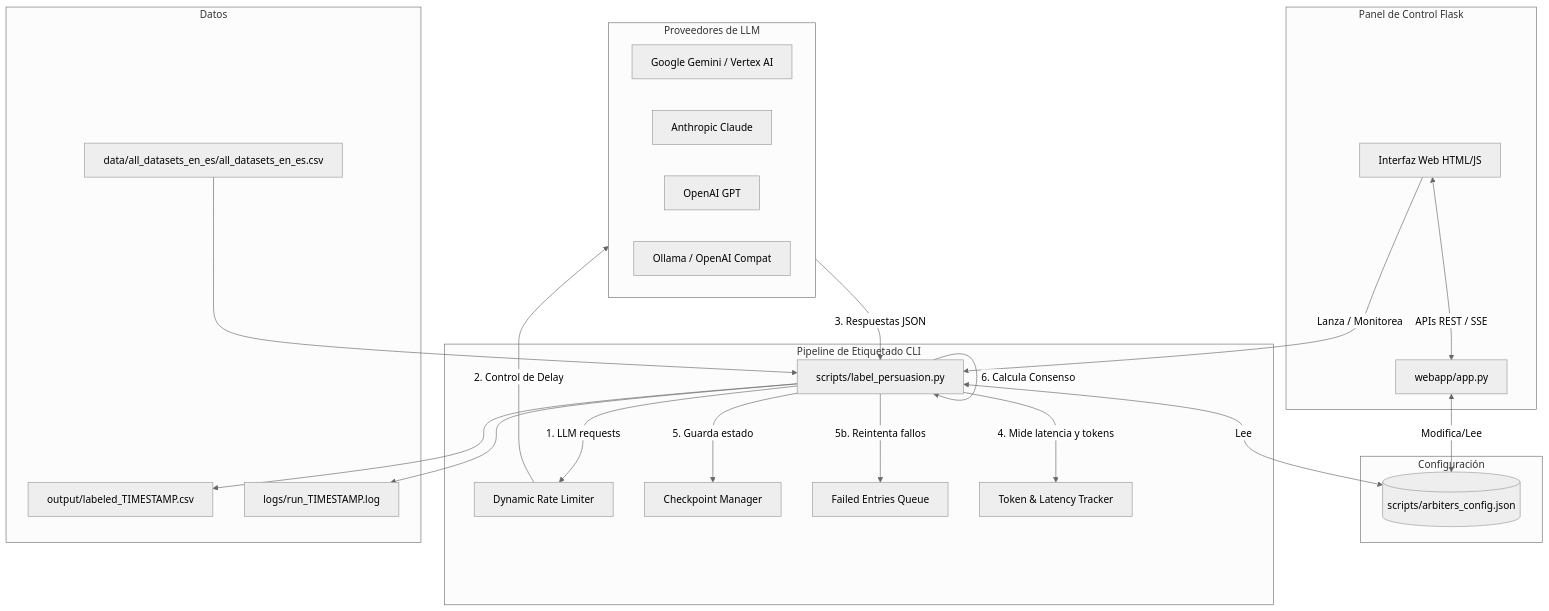
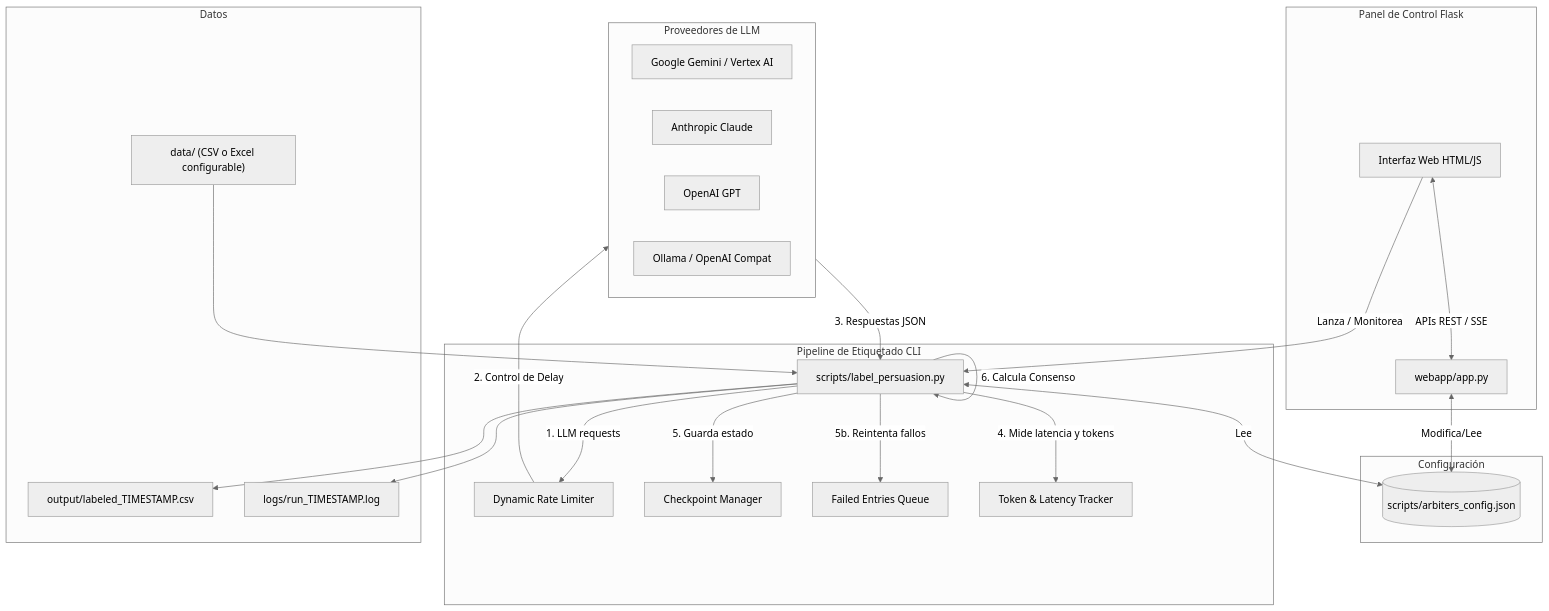
One commit to lbustio/LabelForge changed the diagram in README.md. Above: the diagram before and after it, drawn with Mermaid (neutral theme). The commit also changed other lines of this file, not shown here.

First line of the commit message:
docs(README): corregir y completar actualizacion post-dataset configurable

````diff
--- a/README.md
+++ b/README.md
@@ -14,45 +14,45 @@
 ```mermaid
 flowchart TD
     subgraph WebApp [Panel de Control Flask]
         UI[Interfaz Web HTML/JS] <-->|APIs REST / SSE| Server[webapp/app.py]
     end
 
     subgraph Config [Configuración]
         CfgFile[(scripts/arbiters_config.json)]
     end
 
     subgraph Pipeline [Pipeline de Etiquetado CLI]
         Runner[scripts/label_persuasion.py]
         Limiter[Dynamic Rate Limiter]
         Checkpoint[Checkpoint Manager]
         FailedQ[Failed Entries Queue]
         Metrics[Token & Latency Tracker]
     end
 
     subgraph LLM_Providers [Proveedores de LLM]
         Gemini[Google Gemini / Vertex AI]
         Anthropic[Anthropic Claude]
         OpenAI[OpenAI GPT]
         Local[Ollama / OpenAI Compat]
     end
 
     subgraph Data [Datos]
-        InputCSV[data/all_datasets_en_es/all_datasets_en_es.csv]
+        InputCSV["data/ (CSV o Excel configurable)"]
         OutputCSV[output/labeled_TIMESTAMP.csv]
         LogFile[logs/run_TIMESTAMP.log]
     end
 
     Server <-->|Modifica/Lee| CfgFile
     Runner <-->|Lee| CfgFile
     UI -->|Lanza / Monitorea| Runner
     InputCSV --> Runner
     Runner -->|1. LLM requests| Limiter
     Limiter -->|2. Control de Delay| LLM_Providers
     LLM_Providers -->|3. Respuestas JSON| Runner
     Runner -->|4. Mide latencia y tokens| Metrics
     Runner -->|5. Guarda estado| Checkpoint
     Runner -->|5b. Reintenta fallos| FailedQ
     Runner -->|6. Calcula Consenso| Runner
     Runner --> OutputCSV
     Runner --> LogFile
 ```
````
